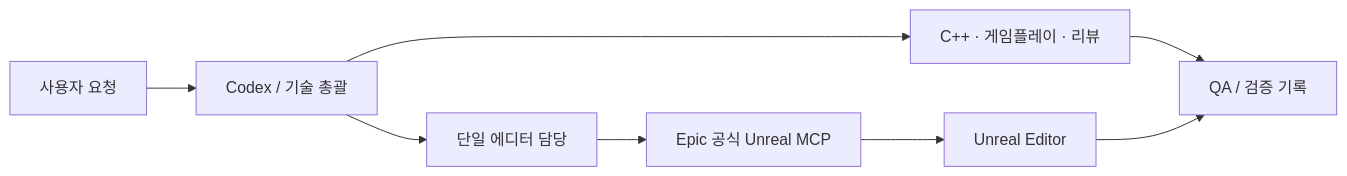
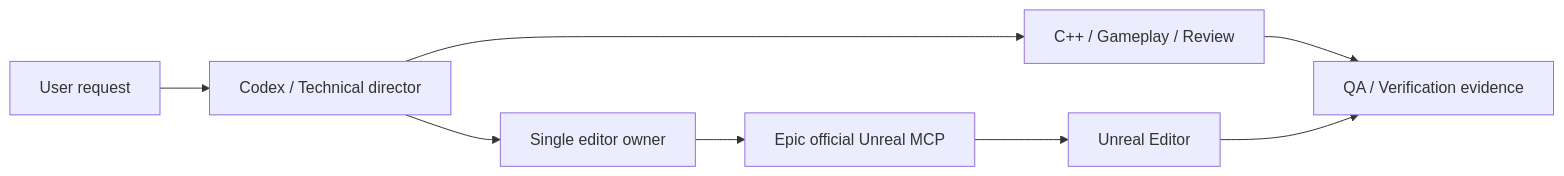
Before and after one commit to Junghyeon0710/unreal-codex-studio: the diagram in README.md, drawn with Mermaid. The commit also changed other lines of this file and 23 other files, not shown here.

````diff
--- a/README.md
+++ b/README.md
@@ -24,10 +29,10 @@
 ```mermaid
 flowchart LR
-  U[사용자 요청] --> C[Codex / 기술 총괄]
-  C --> S[C++ · 게임플레이 · 리뷰]
-  C --> E[단일 에디터 담당]
-  E --> M[Epic 공식 Unreal MCP]
+  U[User request] --> C[Codex / Technical director]
+  C --> S[C++ / Gameplay / Review]
+  C --> E[Single editor owner]
+  E --> M[Epic official Unreal MCP]
   M --> UE[Unreal Editor]
-  S --> V[QA / 검증 기록]
+  S --> V[QA / Verification evidence]
   UE --> V
 ```
````
